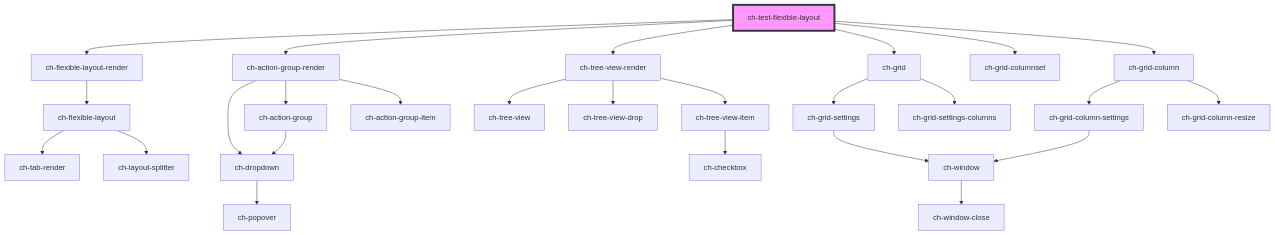
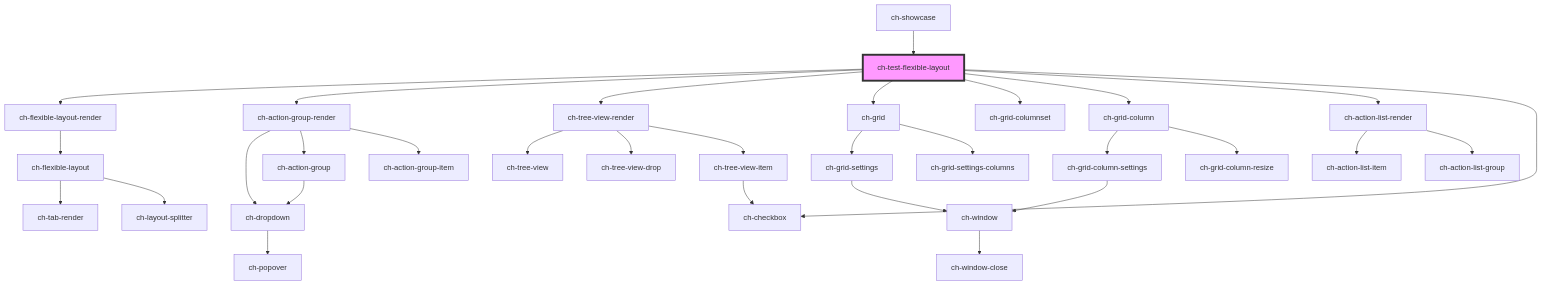
The diagram in src/components/test/test-flexible-layout/readme.md (genexuslabs/chameleon-controls-library), drawn with Mermaid before and after one commit. The commit also changed other lines of this file and 7 other files, not shown here.

````diff
--- a/src/components/test/test-flexible-layout/readme.md
+++ b/src/components/test/test-flexible-layout/readme.md
@@ -27,29 +33,34 @@
 ```mermaid
 graph TD;
   ch-test-flexible-layout --> ch-flexible-layout-render
   ch-test-flexible-layout --> ch-action-group-render
   ch-test-flexible-layout --> ch-tree-view-render
   ch-test-flexible-layout --> ch-grid
   ch-test-flexible-layout --> ch-grid-columnset
   ch-test-flexible-layout --> ch-grid-column
+  ch-test-flexible-layout --> ch-action-list-render
+  ch-test-flexible-layout --> ch-checkbox
   ch-flexible-layout-render --> ch-flexible-layout
   ch-flexible-layout --> ch-tab-render
   ch-flexible-layout --> ch-layout-splitter
   ch-action-group-render --> ch-dropdown
   ch-action-group-render --> ch-action-group
   ch-action-group-render --> ch-action-group-item
   ch-dropdown --> ch-popover
   ch-action-group --> ch-dropdown
   ch-tree-view-render --> ch-tree-view
   ch-tree-view-render --> ch-tree-view-drop
   ch-tree-view-render --> ch-tree-view-item
   ch-tree-view-item --> ch-checkbox
   ch-grid --> ch-grid-settings
   ch-grid --> ch-grid-settings-columns
   ch-grid-settings --> ch-window
   ch-window --> ch-window-close
   ch-grid-column --> ch-grid-column-settings
   ch-grid-column --> ch-grid-column-resize
   ch-grid-column-settings --> ch-window
+  ch-action-list-render --> ch-action-list-item
+  ch-action-list-render --> ch-action-list-group
+  ch-showcase --> ch-test-flexible-layout
   style ch-test-flexible-layout fill:#f9f,stroke:#333,stroke-width:4px
 ```
````
